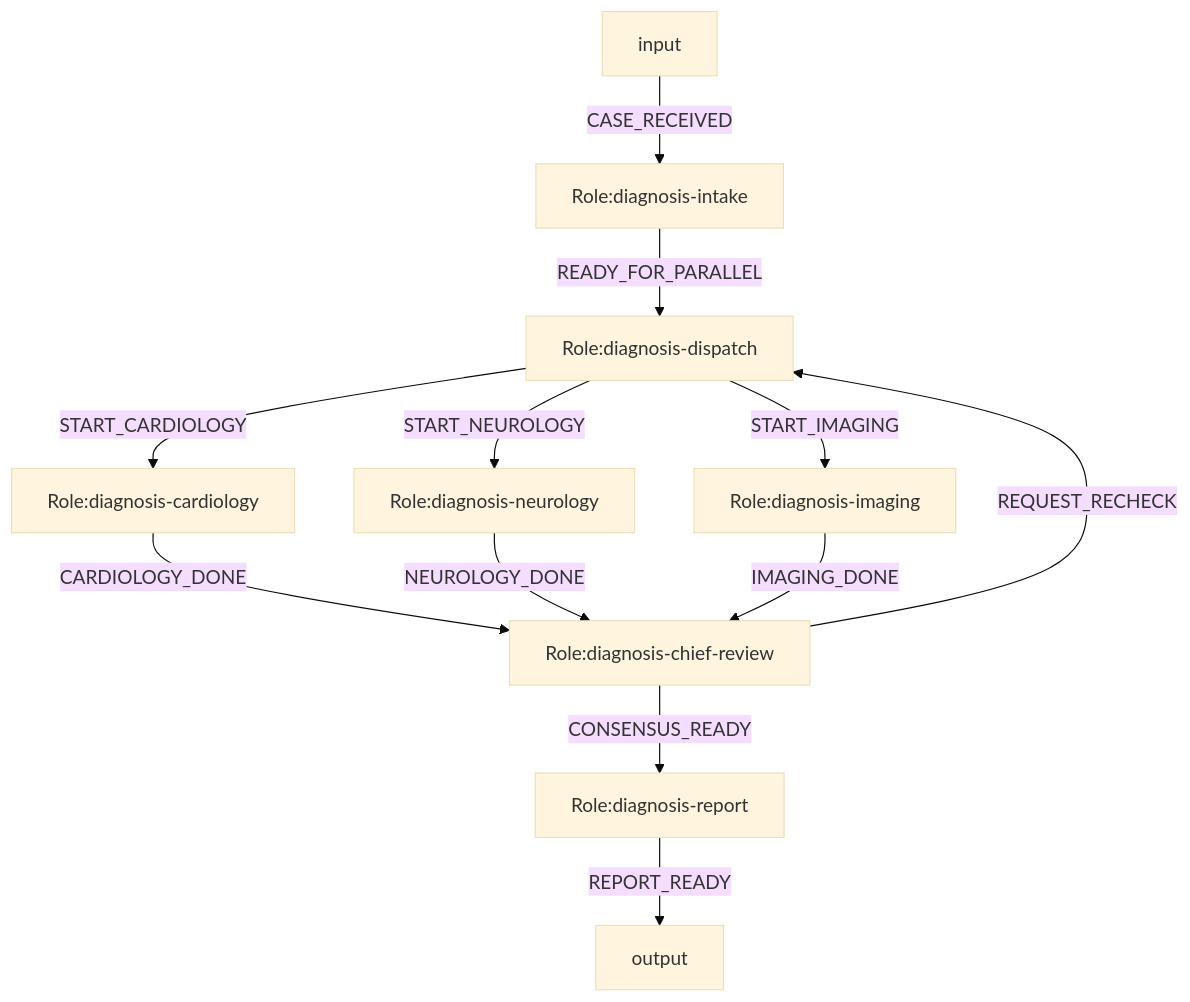
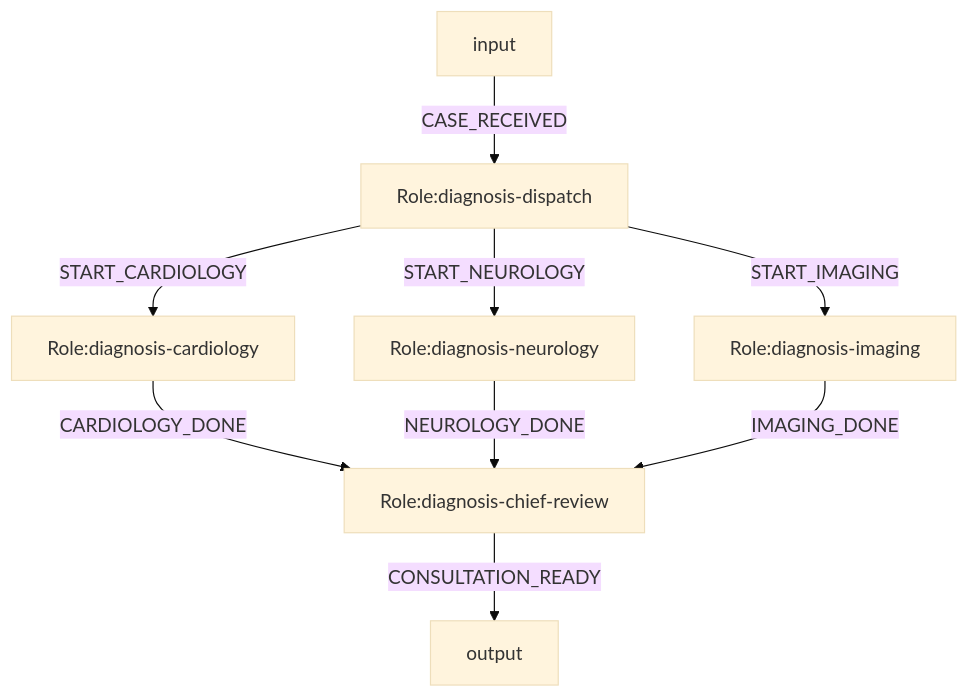
The first of 2 diagrams in docs/langgraph-engine-example-systems.md (Fredericzhou/ogsystem), drawn with Mermaid (base theme) before and after one commit. The commit also changed other lines of this file and 69 other files, not shown here.

````diff
--- a/docs/langgraph-engine-example-systems.md
+++ b/docs/langgraph-engine-example-systems.md
@@ -57,34 +42,25 @@
 ```mermaid
 flowchart TD
 %% engine=langgraph
 %% system.id=medical.expert.consultation
 %% system.version=1.0.0
 %% law.global=law.medical.consultation.base
-%% entry.role=diagnosis-intake
+%% entry.role=diagnosis-dispatch
 %% role.mode.diagnosis-dispatch=parallel_split
 %% join.mode.diagnosis-chief-review=all_of
 %% join.sources.diagnosis-chief-review=diagnosis-cardiology,diagnosis-neurology,diagnosis-imaging
-%% loop.max.diagnosis-dispatch=2
-%% model.bind.diagnosis-intake=fast-gpt54
 %% model.bind.diagnosis-dispatch=fast-gpt54
-%% model.bind.diagnosis-cardiology=claude-sonnet
+%% model.bind.diagnosis-cardiology=balanced-gpt52
 %% model.bind.diagnosis-neurology=deep-o3
-%% model.bind.diagnosis-imaging=deep-o3
+%% model.bind.diagnosis-imaging=steady-gpt54
 %% model.bind.diagnosis-chief-review=deep-o3
-%% model.bind.diagnosis-report=fast-gpt54
 
-input -->|CASE_RECEIVED| intake[Role:diagnosis-intake]
-intake[Role:diagnosis-intake] -->|READY_FOR_PARALLEL| parallel_dispatch[Role:diagnosis-dispatch]
-
-parallel_dispatch[Role:diagnosis-dispatch] -->|START_CARDIOLOGY| cardiology[Role:diagnosis-cardiology]
-parallel_dispatch[Role:diagnosis-dispatch] -->|START_NEUROLOGY| neurology[Role:diagnosis-neurology]
-parallel_dispatch[Role:diagnosis-dispatch] -->|START_IMAGING| imaging[Role:diagnosis-imaging]
-
-cardiology[Role:diagnosis-cardiology] -->|CARDIOLOGY_DONE| chief_review[Role:diagnosis-chief-review]
-neurology[Role:diagnosis-neurology] -->|NEUROLOGY_DONE| chief_review[Role:diagnosis-chief-review]
-imaging[Role:diagnosis-imaging] -->|IMAGING_DONE| chief_review[Role:diagnosis-chief-review]
-
-chief_review[Role:diagnosis-chief-review] -->|REQUEST_RECHECK| parallel_dispatch[Role:diagnosis-dispatch]
-chief_review[Role:diagnosis-chief-review] -->|CONSENSUS_READY| final_report[Role:diagnosis-report]
-final_report[Role:diagnosis-report] -->|REPORT_READY| output
+input -->|CASE_RECEIVED| dispatch[Role:diagnosis-dispatch]
+dispatch[Role:diagnosis-dispatch] -->|START_CARDIOLOGY| cardiology[Role:diagnosis-cardiology]
+dispatch[Role:diagnosis-dispatch] -->|START_NEUROLOGY| neurology[Role:diagnosis-neurology]
+dispatch[Role:diagnosis-dispatch] -->|START_IMAGING| imaging[Role:diagnosis-imaging]
+cardiology[Role:diagnosis-cardiology] -->|CARDIOLOGY_DONE| chief[Role:diagnosis-chief-review]
+neurology[Role:diagnosis-neurology] -->|NEUROLOGY_DONE| chief[Role:diagnosis-chief-review]
+imaging[Role:diagnosis-imaging] -->|IMAGING_DONE| chief[Role:diagnosis-chief-review]
+chief[Role:diagnosis-chief-review] -->|CONSULTATION_READY| output
 ```
````
